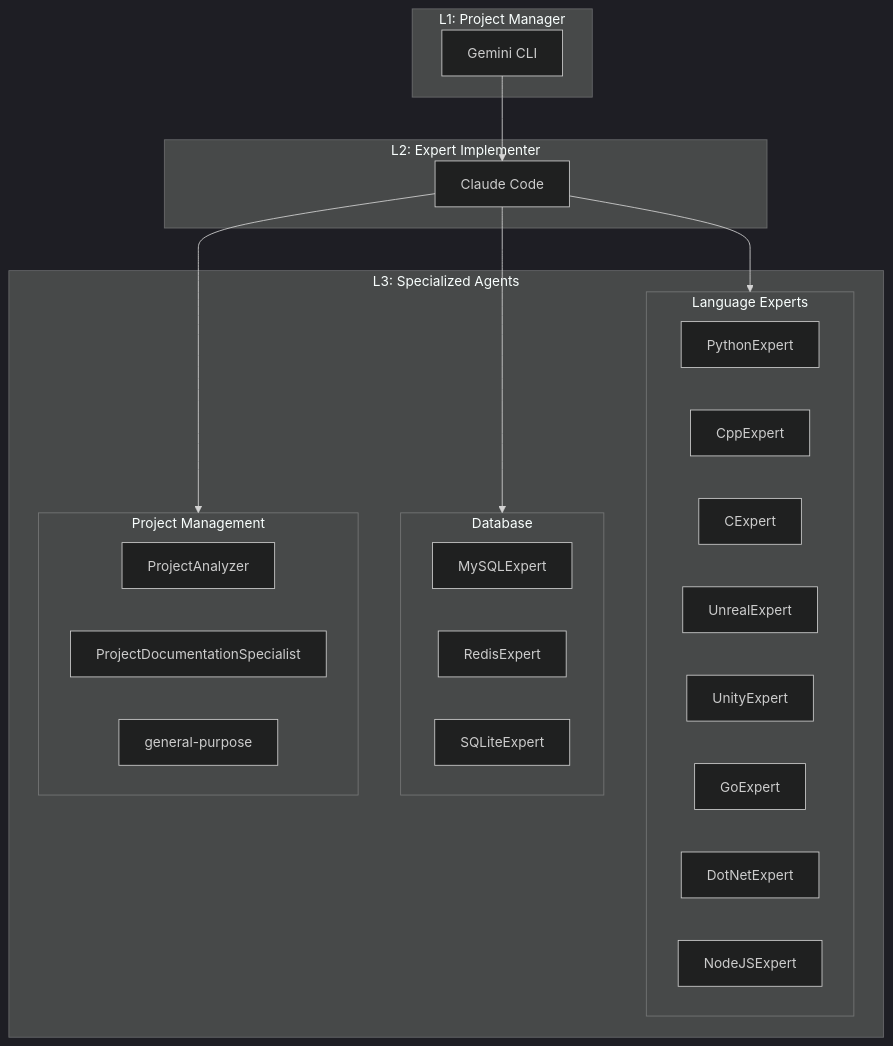
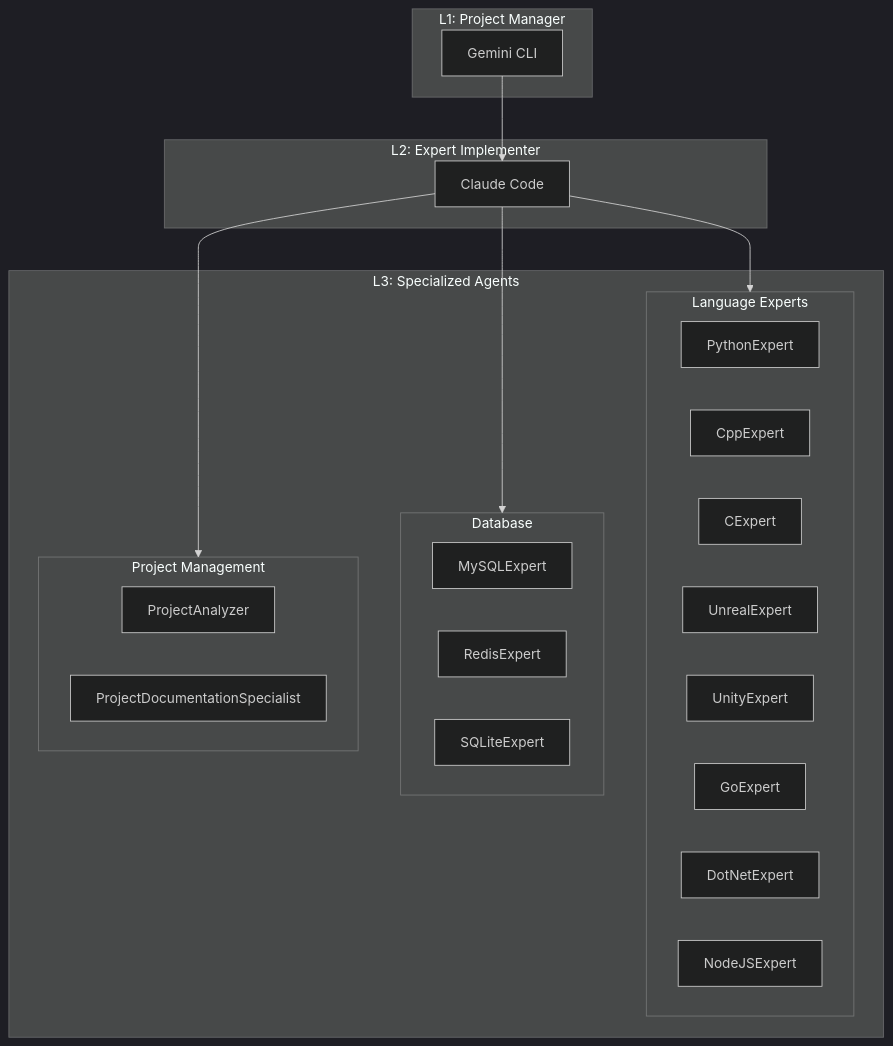
Before and after one commit to BestDev/claude-gemini-collaboration: the third of 3 diagrams in README-en.md, drawn with Mermaid (dark theme). The commit also changed other lines of this file and 6 other files, not shown here.

````diff
--- a/README-en.md
+++ b/README-en.md
@@ -163,40 +163,39 @@
 ```mermaid
 graph TB
     subgraph L1 ["L1: Project Manager"]
         GM[Gemini CLI]
     end
     
     subgraph L2 ["L2: Expert Implementer"]
         CL[Claude Code]
     end
     
     subgraph L3 ["L3: Specialized Agents"]
         subgraph Lang ["Language Experts"]
             PY[PythonExpert]
             CPP[CppExpert]
             C[CExpert]
             UE[UnrealExpert]
             UN[UnityExpert]
             GO[GoExpert]
             DOT[DotNetExpert]
             NODE[NodeJSExpert]
         end
         
         subgraph DB ["Database"]
             MY[MySQLExpert]
             RD[RedisExpert]
             SQ[SQLiteExpert]
         end
         
         subgraph Project ["Project Management"]
             PA[ProjectAnalyzer]
             PDS[ProjectDocumentationSpecialist]
-            GP[general-purpose]
         end
     end
     
     GM --> CL
     CL --> Lang
     CL --> DB
     CL --> Project
 ```
````
